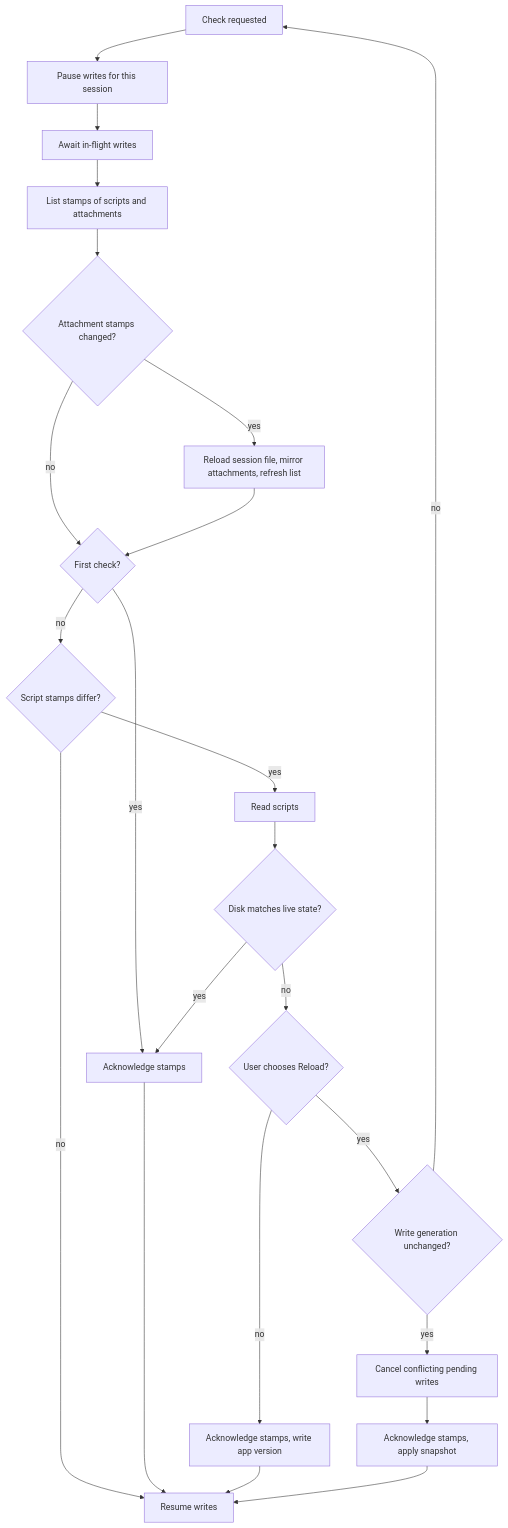
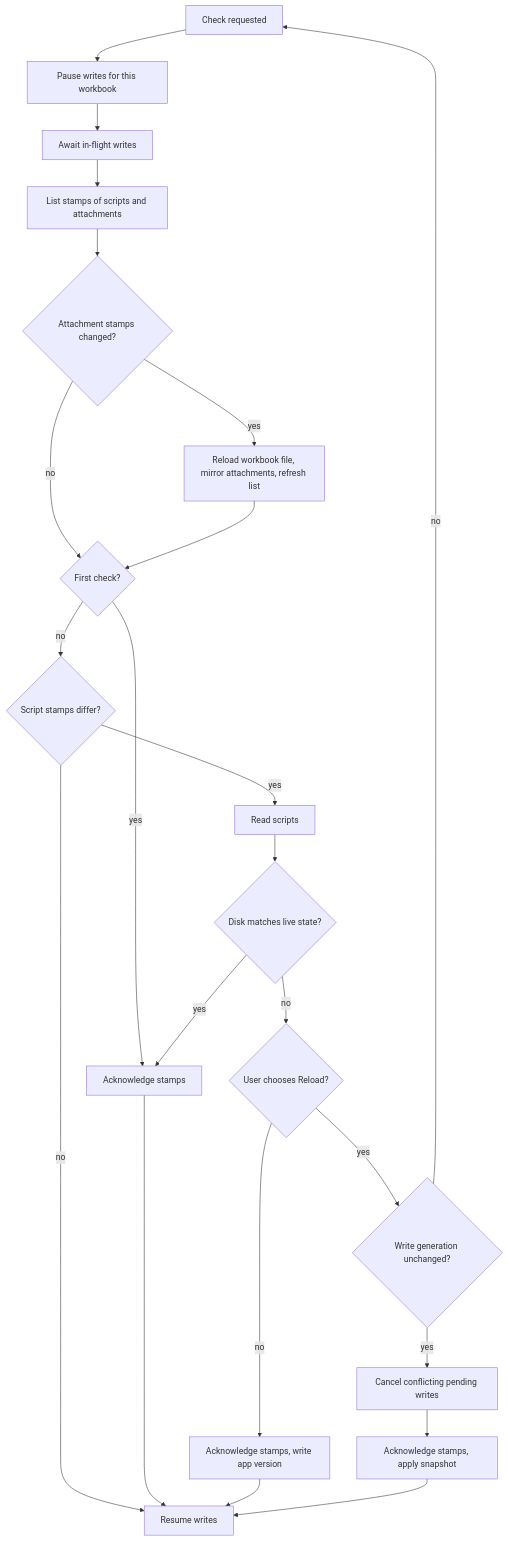
One commit to ankoh/dashql changed the second of 2 diagrams in docs/design/native_file_sync.md. Above: the diagram before and after it, drawn with Mermaid. The commit also changed other lines of this file and 725 other files, not shown here.

````diff
--- a/docs/design/native_file_sync.md
+++ b/docs/design/native_file_sync.md
@@ -136,25 +136,25 @@
 ```mermaid
 flowchart TD
-    E[Check requested] --> P[Pause writes for this session]
+    E[Check requested] --> P[Pause writes for this workbook]
     P --> S[Await in-flight writes]
     S --> T[List stamps of scripts and attachments]
     T --> A{Attachment stamps changed?}
-    A -->|yes| M[Reload session file, mirror attachments, refresh list]
+    A -->|yes| M[Reload workbook file, mirror attachments, refresh list]
     A -->|no| B
     M --> B{First check?}
     B -->|yes| K[Acknowledge stamps]
     B -->|no| X{Script stamps differ?}
     X -->|no| Z[Resume writes]
     X -->|yes| R[Read scripts]
     R --> Q{Disk matches live state?}
     Q -->|yes| K
     Q -->|no| D{User chooses Reload?}
     D -->|no| KP[Acknowledge stamps, write app version]
     D -->|yes| G{Write generation unchanged?}
     G -->|no| E
     G -->|yes| C[Cancel conflicting pending writes]
     C --> U[Acknowledge stamps, apply snapshot]
     K --> Z
     KP --> Z
     U --> Z
 ```
````
